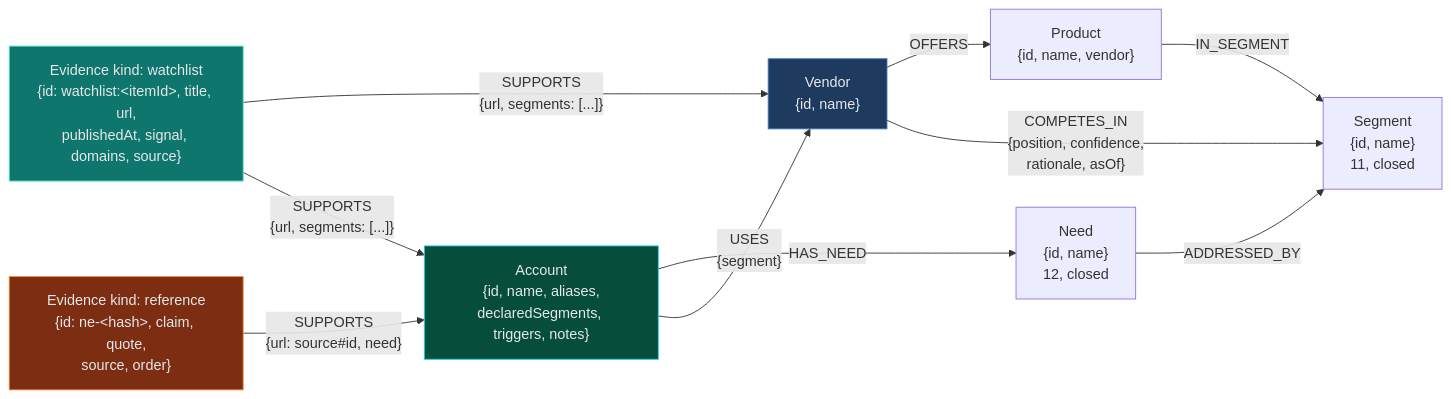
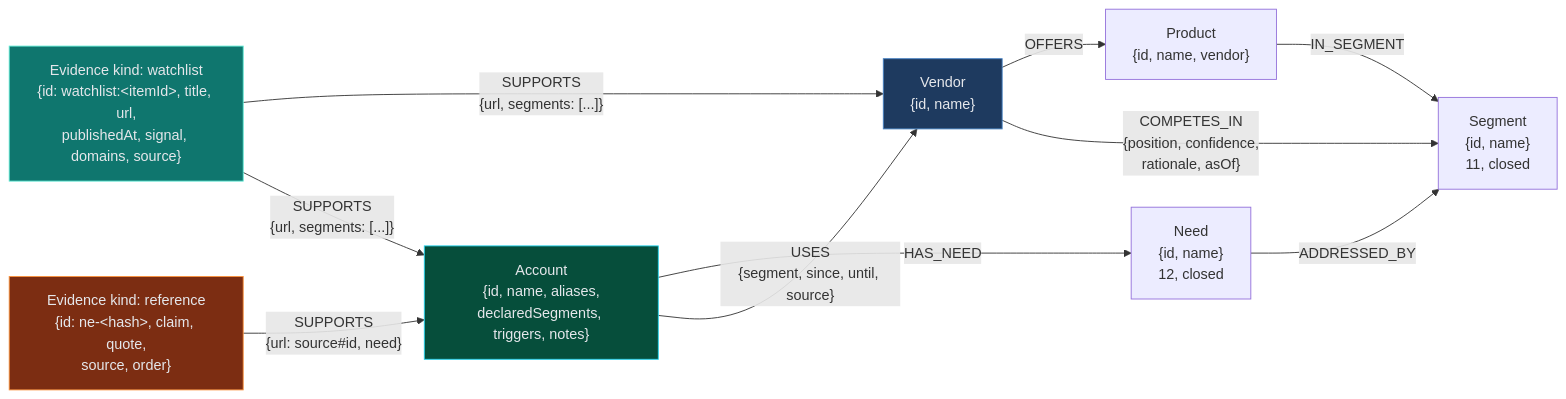
Before and after one commit to sebdallais-git/PharmaIT_Chat_and_Digest: diagram 16 of 24 in README.md, drawn with Mermaid. The commit also changed other lines of this file, not shown here.

````diff
--- a/README.md
+++ b/README.md
@@ -962,25 +964,25 @@
 ```mermaid
 flowchart LR
     V["Vendor<br/>{id, name}"]
     P["Product<br/>{id, name, vendor}"]
     S["Segment<br/>{id, name}<br/>11, closed"]
     A["Account<br/>{id, name, aliases,<br/>declaredSegments, triggers, notes}"]
     N["Need<br/>{id, name}<br/>12, closed"]
     EW["Evidence kind: watchlist<br/>{id: watchlist:&lt;itemId&gt;, title, url,<br/>publishedAt, signal, domains, source}"]
     ER["Evidence kind: reference<br/>{id: ne-&lt;hash&gt;, claim, quote,<br/>source, order}"]
 
     V -- "OFFERS" --> P
     P -- "IN_SEGMENT" --> S
     V -- "COMPETES_IN<br/>{position, confidence,<br/>rationale, asOf}" --> S
     A -- "HAS_NEED" --> N
     N -- "ADDRESSED_BY" --> S
-    A -- "USES<br/>{segment}" --> V
+    A -- "USES<br/>{segment, since, until, source}" --> V
     EW -- "SUPPORTS<br/>{url, segments: [...]}" --> V
     EW -- "SUPPORTS<br/>{url, segments: [...]}" --> A
     ER -- "SUPPORTS<br/>{url: source#id, need}" --> A
 
     style V fill:#1e3a5f,stroke:#4581C3,color:#e5e7eb
     style A fill:#064e3b,stroke:#22d3ee,color:#e5e7eb
     style EW fill:#0f766e,stroke:#5eead4,color:#e5e7eb
     style ER fill:#7c2d12,stroke:#fb923c,color:#e5e7eb
 ```
````
